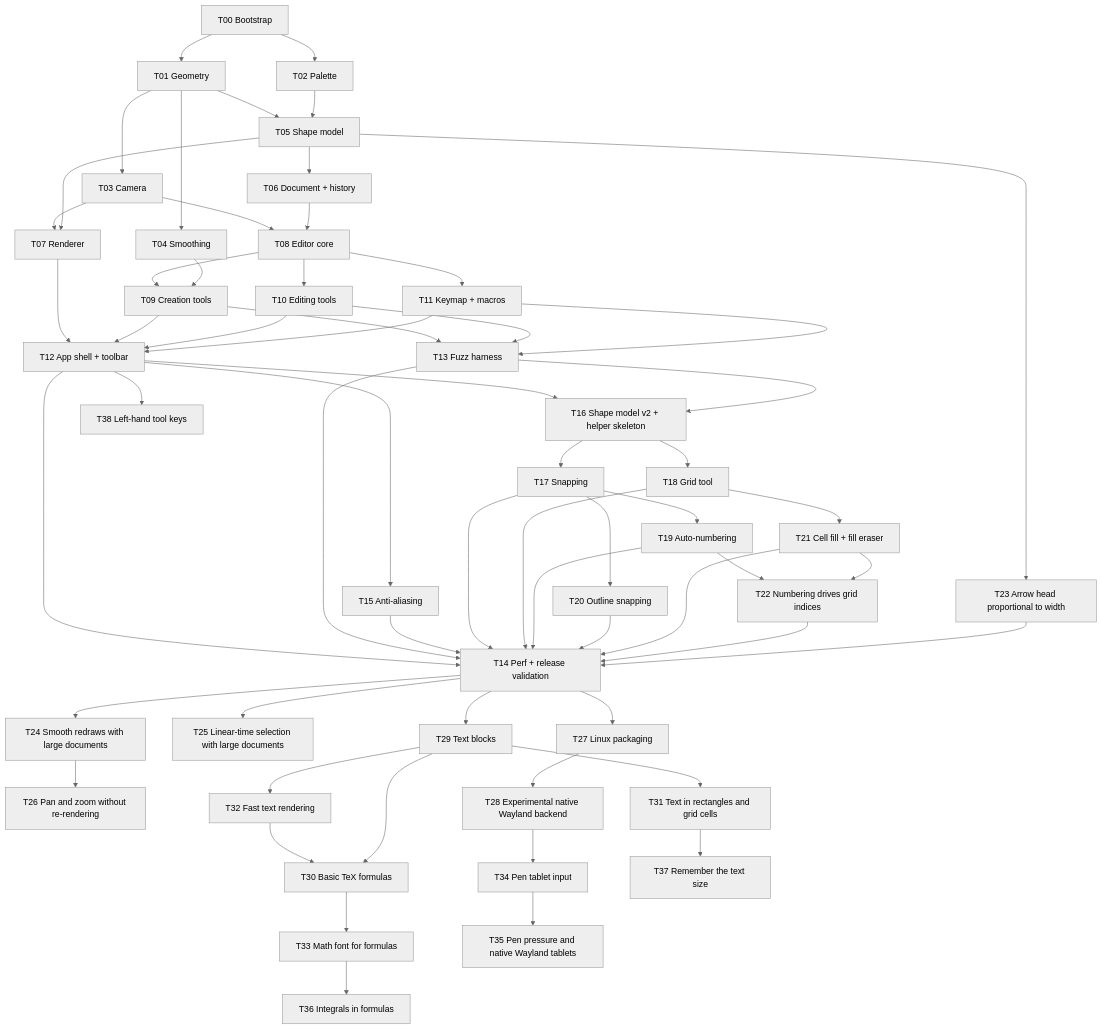
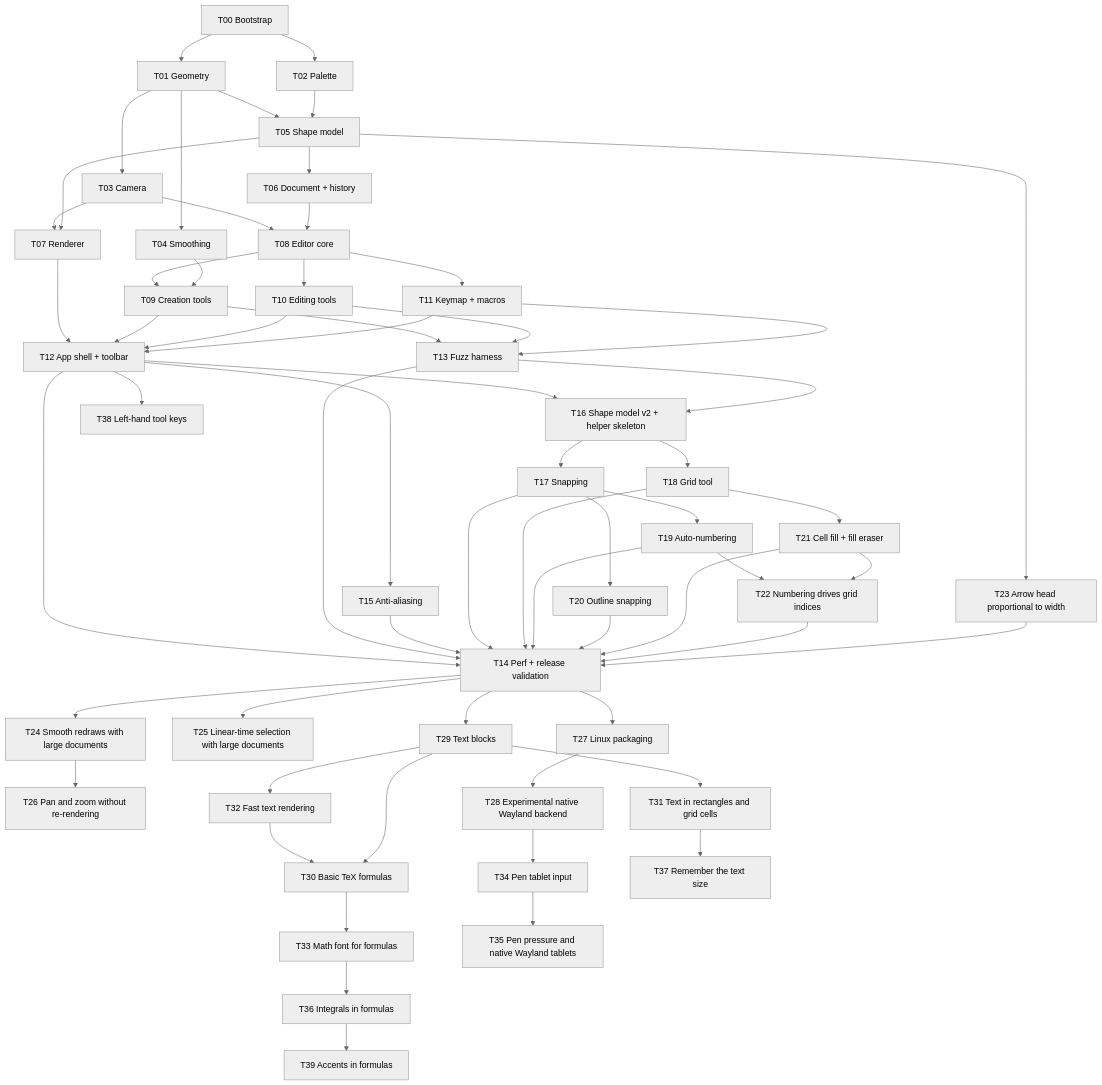
One commit to UmBender/draw changed the diagram in docs/tasks/Task Board.md. Above: the diagram before and after it, drawn with Mermaid (neutral theme). The commit also changed other lines of this file and 2 other files, not shown here.

First line of the commit message:
docs: add T39 accents in formulas task note

````diff
--- a/docs/tasks/Task Board.md
+++ b/docs/tasks/Task Board.md
@@ -12,62 +12,63 @@
 ```mermaid
 flowchart TD
   T00[T00 Bootstrap] --> T01[T01 Geometry]
   T00 --> T02[T02 Palette]
   T01 --> T03[T03 Camera]
   T01 --> T04[T04 Smoothing]
   T01 --> T05[T05 Shape model]
   T02 --> T05
   T05 --> T06[T06 Document + history]
   T03 --> T07[T07 Renderer]
   T05 --> T07
   T03 --> T08[T08 Editor core]
   T06 --> T08
   T08 --> T09[T09 Creation tools]
   T04 --> T09
   T08 --> T10[T10 Editing tools]
   T08 --> T11[T11 Keymap + macros]
   T07 --> T12[T12 App shell + toolbar]
   T09 --> T12
   T10 --> T12
   T11 --> T12
   T09 --> T13[T13 Fuzz harness]
   T10 --> T13
   T11 --> T13
   T12 --> T14[T14 Perf + release validation]
   T13 --> T14
   T12 --> T15[T15 Anti-aliasing]
   T12 --> T16[T16 Shape model v2 + helper skeleton]
   T13 --> T16
   T16 --> T17[T17 Snapping]
   T16 --> T18[T18 Grid tool]
   T17 --> T19[T19 Auto-numbering]
   T17 --> T20[T20 Outline snapping]
   T15 --> T14
   T17 --> T14
   T18 --> T14
   T19 --> T14
   T20 --> T14
   T18 --> T21[T21 Cell fill + fill eraser]
   T21 --> T14
   T19 --> T22[T22 Numbering drives grid indices]
   T21 --> T22
   T22 --> T14
   T05 --> T23[T23 Arrow head proportional to width]
   T23 --> T14
   T14 --> T24[T24 Smooth redraws with large documents]
   T14 --> T25[T25 Linear-time selection with large documents]
   T24 --> T26[T26 Pan and zoom without re-rendering]
   T14 --> T27[T27 Linux packaging]
   T27 --> T28[T28 Experimental native Wayland backend]
   T14 --> T29[T29 Text blocks]
   T29 --> T32[T32 Fast text rendering]
   T32 --> T30[T30 Basic TeX formulas]
   T29 --> T30
   T29 --> T31[T31 Text in rectangles and grid cells]
   T30 --> T33[T33 Math font for formulas]
   T28 --> T34[T34 Pen tablet input]
   T34 --> T35[T35 Pen pressure and native Wayland tablets]
   T33 --> T36[T36 Integrals in formulas]
   T31 --> T37[T37 Remember the text size]
   T12 --> T38[T38 Left-hand tool keys]
+  T36 --> T39[T39 Accents in formulas]
 ```
````
